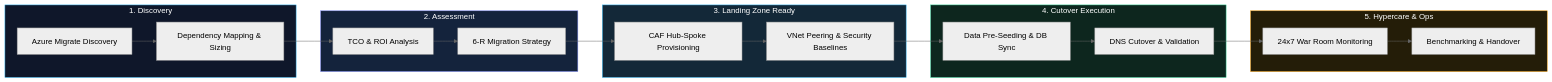
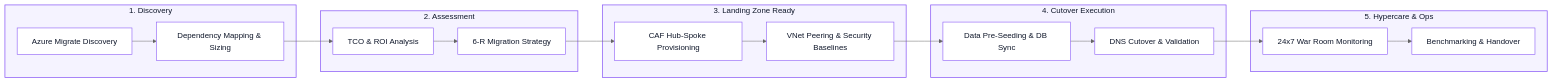
Before and after one commit to Ankitasingh-singh/Ankitasingh-singh: the seventh of 10 diagrams in README.md, drawn with Mermaid (neutral theme). The commit also changed other lines of this file, not shown here.

````diff
--- a/README.md
+++ b/README.md
@@ -377,28 +467,39 @@
 ```mermaid
 flowchart LR
     subgraph Phase1["1. Discovery"]
         D1["Azure Migrate Discovery"] --> D2["Dependency Mapping & Sizing"]
     end
 
     subgraph Phase2["2. Assessment"]
         D2 --> A1["TCO & ROI Analysis"] --> A2["6-R Migration Strategy"]
     end
 
     subgraph Phase3["3. Landing Zone Ready"]
         A2 --> R1["CAF Hub-Spoke Provisioning"] --> R2["VNet Peering & Security Baselines"]
     end
 
     subgraph Phase4["4. Cutover Execution"]
         R2 --> C1["Data Pre-Seeding & DB Sync"] --> C2["DNS Cutover & Validation"]
     end
 
     subgraph Phase5["5. Hypercare & Ops"]
         C2 --> H1["24x7 War Room Monitoring"] --> H2["Benchmarking & Handover"]
     end
 
-    style Phase1 fill:#0f172a,stroke:#38bdf8,stroke-width:1px,color:#fff
-    style Phase2 fill:#14233c,stroke:#818cf8,stroke-width:1px,color:#fff
-    style Phase3 fill:#132838,stroke:#38bdf8,stroke-width:1px,color:#fff
-    style Phase4 fill:#0d261e,stroke:#34d399,stroke-width:1px,color:#fff
-    style Phase5 fill:#241d08,stroke:#f59e0b,stroke-width:1px,color:#fff
+    style Phase1 fill:#f5f3ff,stroke:#8b5cf6,stroke-width:1.5px,color:#0f172a
+    style Phase2 fill:#f5f3ff,stroke:#8b5cf6,stroke-width:1.5px,color:#0f172a
+    style Phase3 fill:#f5f3ff,stroke:#8b5cf6,stroke-width:1.5px,color:#0f172a
+    style Phase4 fill:#f5f3ff,stroke:#8b5cf6,stroke-width:1.5px,color:#0f172a
+    style Phase5 fill:#f5f3ff,stroke:#8b5cf6,stroke-width:1.5px,color:#0f172a
+
+    style D1 fill:#ffffff,stroke:#8b5cf6,stroke-width:1.2px,color:#0f172a
+    style D2 fill:#ffffff,stroke:#8b5cf6,stroke-width:1.2px,color:#0f172a
+    style A1 fill:#ffffff,stroke:#8b5cf6,stroke-width:1.2px,color:#0f172a
+    style A2 fill:#ffffff,stroke:#8b5cf6,stroke-width:1.2px,color:#0f172a
+    style R1 fill:#ffffff,stroke:#8b5cf6,stroke-width:1.2px,color:#0f172a
+    style R2 fill:#ffffff,stroke:#8b5cf6,stroke-width:1.2px,color:#0f172a
+    style C1 fill:#ffffff,stroke:#8b5cf6,stroke-width:1.2px,color:#0f172a
+    style C2 fill:#ffffff,stroke:#8b5cf6,stroke-width:1.2px,color:#0f172a
+    style H1 fill:#ffffff,stroke:#8b5cf6,stroke-width:1.2px,color:#0f172a
+    style H2 fill:#ffffff,stroke:#8b5cf6,stroke-width:1.2px,color:#0f172a
 ```
````
